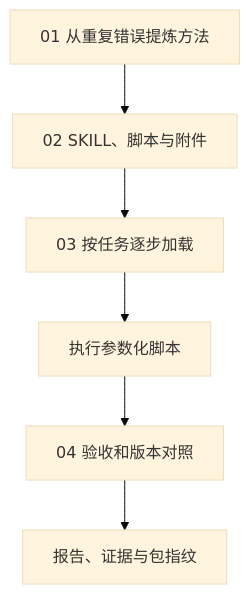
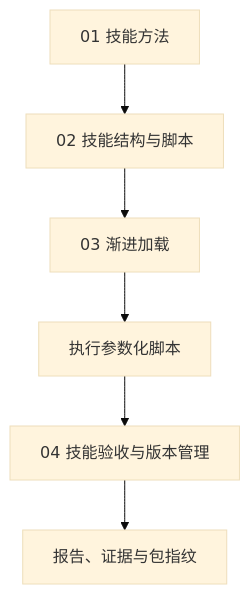
Before and after one commit to HarryYangthu/TheBestAIGuide: the diagram in 10-Knowledge/14-skills/README.md, drawn with Mermaid (base theme). The commit also changed other lines of this file and 75 other files, not shown here.

````diff
--- a/10-Knowledge/14-skills/README.md
+++ b/10-Knowledge/14-skills/README.md
@@ -9,8 +11,8 @@
 ```mermaid
 flowchart TD
-    A["01 从重复错误提炼方法"] --> B["02 SKILL、脚本与附件"]
-    B --> C["03 按任务逐步加载"]
+    A["01 技能方法"] --> B["02 技能结构与脚本"]
+    B --> C["03 渐进加载"]
     C --> D["执行参数化脚本"]
-    D --> E["04 验收和版本对照"]
+    D --> E["04 技能验收与版本管理"]
     E --> F["报告、证据与包指纹"]
 ```
````
